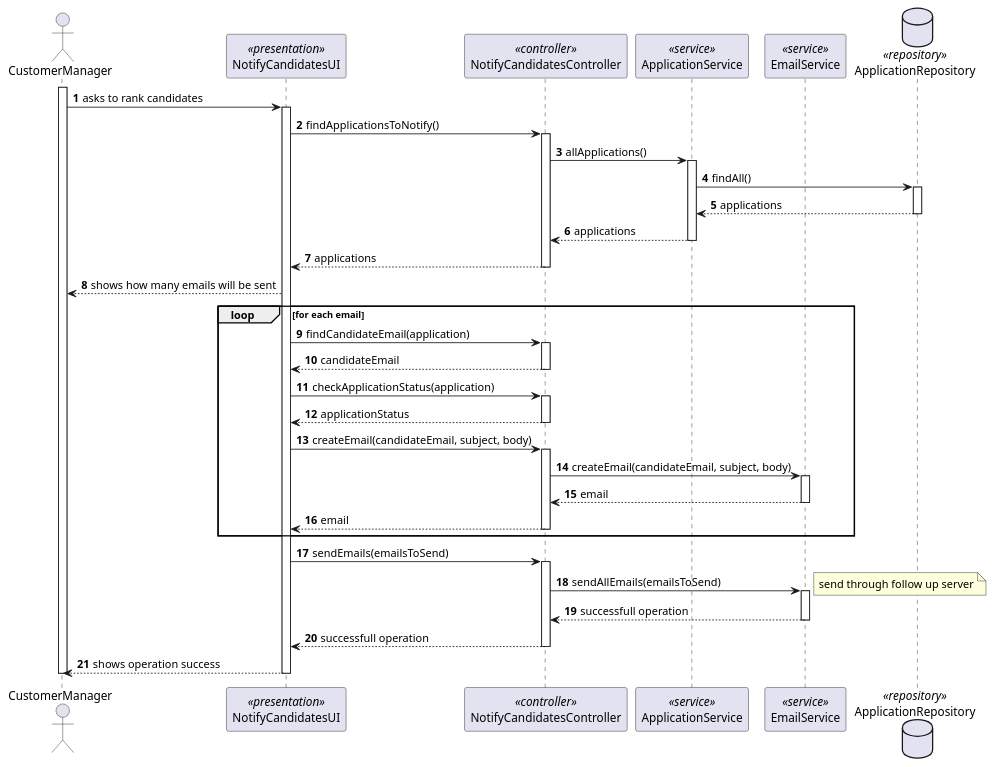
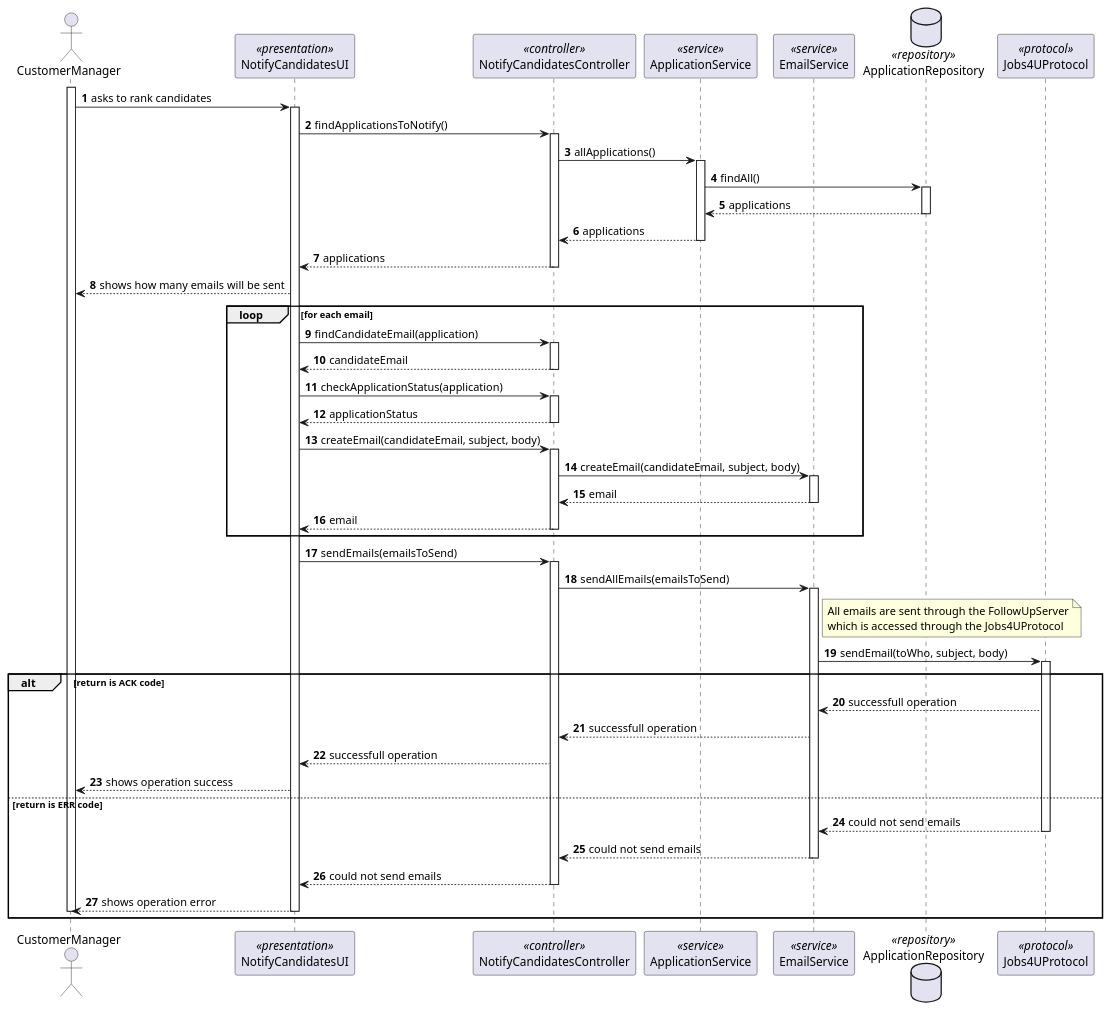
One commit to MiguelCardoso77/LAPR4 changed the diagram in docs/SprintC/5-notify-candidates-about-verification-status/sequence-diagram.puml. Above: the diagram before and after it, drawn with PlantUML. The commit also changed 1 other file, not shown here.

```diff
--- a/docs/SprintC/5-notify-candidates-about-verification-status/sequence-diagram.puml
+++ b/docs/SprintC/5-notify-candidates-about-verification-status/sequence-diagram.puml
@@ -1,86 +1,111 @@
 @startuml
 autonumber
 
 actor CustomerManager
 
 participant NotifyCandidatesUI <<presentation>>
 participant NotifyCandidatesController <<controller>>
 
 participant ApplicationService <<service>>
 participant EmailService <<service>>
 
 database ApplicationRepository <<repository>>
+
+participant Jobs4UProtocol <<protocol>>
 
 activate CustomerManager
 
     CustomerManager -> NotifyCandidatesUI : asks to rank candidates
     activate NotifyCandidatesUI
 
         NotifyCandidatesUI -> NotifyCandidatesController : findApplicationsToNotify()
         activate NotifyCandidatesController
 
             NotifyCandidatesController -> ApplicationService : allApplications()
             activate ApplicationService
 
                 ApplicationService -> ApplicationRepository : findAll()
                 activate ApplicationRepository
 
                     ApplicationRepository --> ApplicationService : applications
                 deactivate ApplicationRepository
 
                 ApplicationService --> NotifyCandidatesController : applications
             deactivate ApplicationService
 
             NotifyCandidatesController --> NotifyCandidatesUI : applications
         deactivate NotifyCandidatesController
 
         NotifyCandidatesUI --> CustomerManager : shows how many emails will be sent
 
 loop for each email
 
         NotifyCandidatesUI -> NotifyCandidatesController : findCandidateEmail(application)
         activate NotifyCandidatesController
 
                 NotifyCandidatesController --> NotifyCandidatesUI : candidateEmail
         deactivate NotifyCandidatesController
 
         NotifyCandidatesUI -> NotifyCandidatesController : checkApplicationStatus(application)
         activate NotifyCandidatesController
 
             NotifyCandidatesController --> NotifyCandidatesUI : applicationStatus
         deactivate NotifyCandidatesController
 
         NotifyCandidatesUI -> NotifyCandidatesController : createEmail(candidateEmail, subject, body)
         activate NotifyCandidatesController
 
             NotifyCandidatesController -> EmailService : createEmail(candidateEmail, subject, body)
             activate EmailService
 
                 EmailService --> NotifyCandidatesController : email
             deactivate EmailService
 
             NotifyCandidatesController --> NotifyCandidatesUI : email
         deactivate NotifyCandidatesController
 
 end loop
 
         NotifyCandidatesUI -> NotifyCandidatesController : sendEmails(emailsToSend)
         activate NotifyCandidatesController
 
             NotifyCandidatesController -> EmailService : sendAllEmails(emailsToSend)
             activate EmailService
-                note right
-                    send through follow up server
-                end note
-                EmailService --> NotifyCandidatesController : successfull operation
+
+note right of EmailService
+All emails are sent through the FollowUpServer
+which is accessed through the Jobs4UProtocol
+end note
+                EmailService -> Jobs4UProtocol : sendEmail(toWho, subject, body)
+
+                activate Jobs4UProtocol
+
+alt return is ACK code
+
+        Jobs4UProtocol --> EmailService : successfull operation
+
+        EmailService --> NotifyCandidatesController : successfull operation
+
+        NotifyCandidatesController --> NotifyCandidatesUI : successfull operation
+
+        NotifyCandidatesUI --> CustomerManager : shows operation success
+
+else return is ERR code
+
+                    Jobs4UProtocol --> EmailService : could not send emails
+                deactivate Jobs4UProtocol
+
+                EmailService --> NotifyCandidatesController : could not send emails
             deactivate EmailService
 
-            NotifyCandidatesController --> NotifyCandidatesUI : successfull operation
+            NotifyCandidatesController --> NotifyCandidatesUI : could not send emails
         deactivate NotifyCandidatesController
 
-        NotifyCandidatesUI --> CustomerManager : shows operation success
+        NotifyCandidatesUI --> CustomerManager : shows operation error
     deactivate NotifyCandidatesUI
 
 deactivate CustomerManager
 
+end alt
+
 @enduml
```
